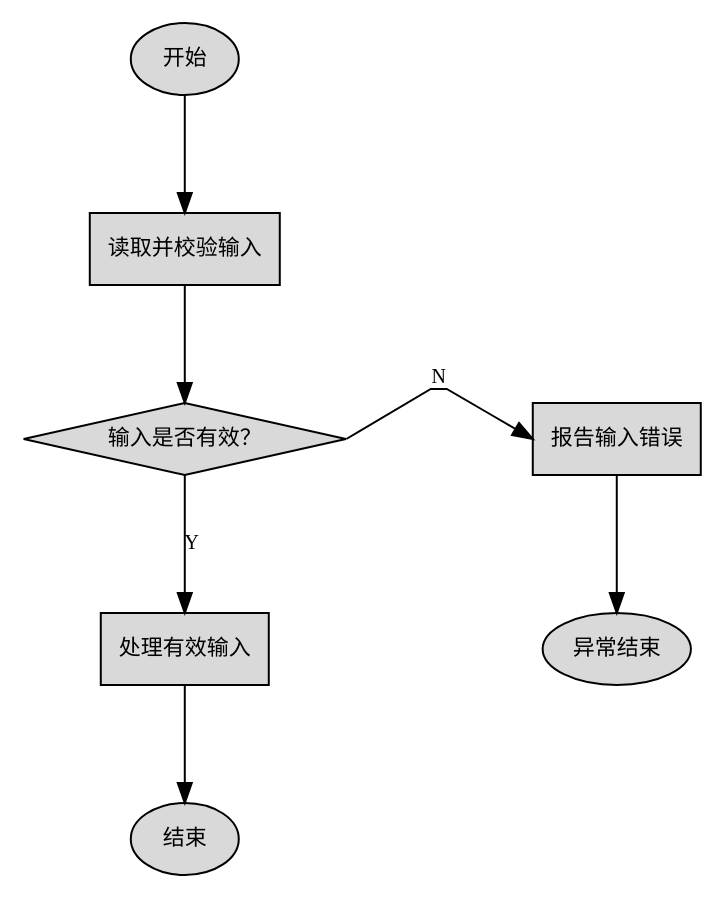
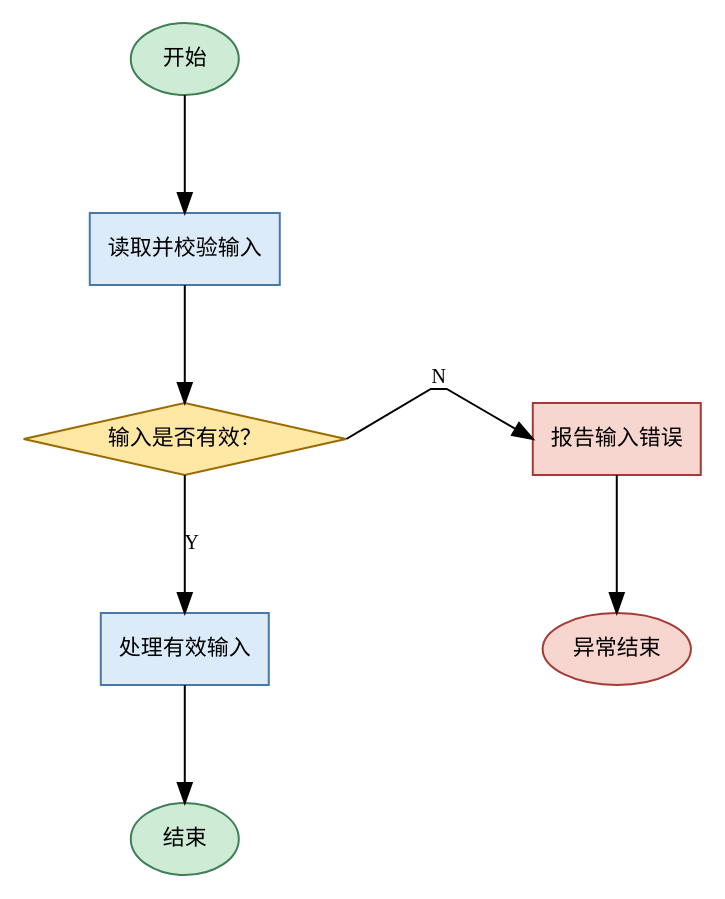
One commit to yjrqz777/flow2visio-skills changed the first of 3 diagrams in flow2visio/SKILL.md. Above: the diagram before and after it, drawn with Graphviz. The commit also changed other lines of this file, not shown here.

Commit message:
Group flow pages by time slice or OS task and define semantic colors

````diff
--- a/flow2visio/SKILL.md
+++ b/flow2visio/SKILL.md
@@ -194,26 +210,26 @@
 ```dot
 digraph Flow {
   graph [rankdir=TB, splines=polyline, nodesep=0.65, ranksep=0.8, bgcolor="white", ordering="out"];
-  node [fontname="SimSun", fontsize=11, shape=box, style="filled", fillcolor="#D9D9D9", color="black"];
+  node [fontname="SimSun", fontsize=11, shape=box, style="filled", fillcolor="#DCEBFA", color="#4978A8"];
   edge [fontname="SimSun", fontsize=10, color="black"];
 
-  start [shape=oval, label="开始"];
-  validate [label="读取并校验输入"];
-  valid [shape=diamond, label="输入是否有效？"];
-  report [label="报告输入错误"];
-  error_end [shape=oval, label="异常结束"];
+  start [shape=oval, label="开始", fillcolor="#CDEBD5", color="#3F7F56"];
+  validate [label="读取并校验输入", fillcolor="#DCEBFA", color="#4978A8"];
+  valid [shape=diamond, label="输入是否有效？", fillcolor="#FFE8A3", color="#9A6A00"];
+  report [label="报告输入错误", fillcolor="#F7D6D0", color="#A33A35"];
+  error_end [shape=oval, label="异常结束", fillcolor="#F7D6D0", color="#A33A35"];
   process [label="处理有效输入"];
-  finish [shape=oval, label="结束"];
+  finish [shape=oval, label="结束", fillcolor="#CDEBD5", color="#3F7F56"];
 
   start -> validate [tailport=s, headport=n];
   validate -> valid [tailport=s, headport=n];
   valid -> process [label="Y", tailport=s, headport=n];
 
   // rank=same 可以包含控制判断和它的一个短侧支，但不能包含两个连续主路径节点。
   { rank=same; valid; report; }
   valid -> report [label="N", tailport=e, headport=w];
   report -> error_end [tailport=s, headport=n];
 
   process -> finish [tailport=s, headport=n];
 }
 ```
````
